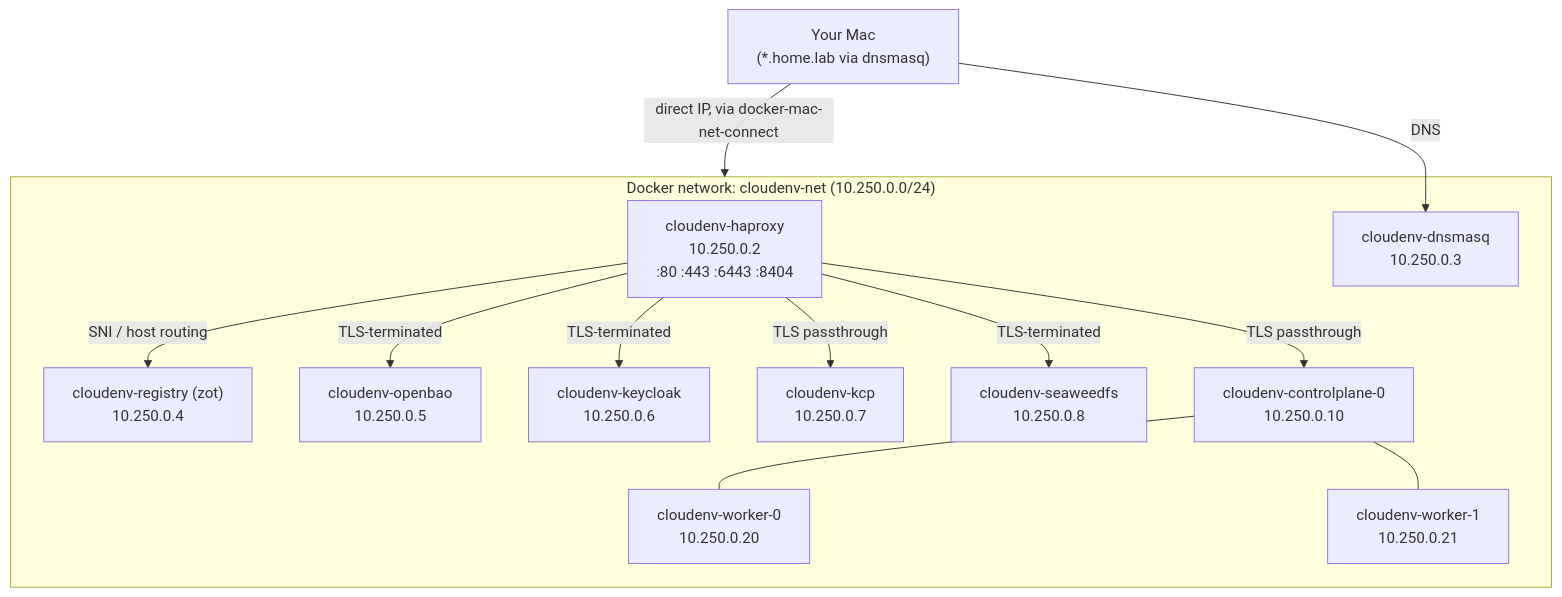
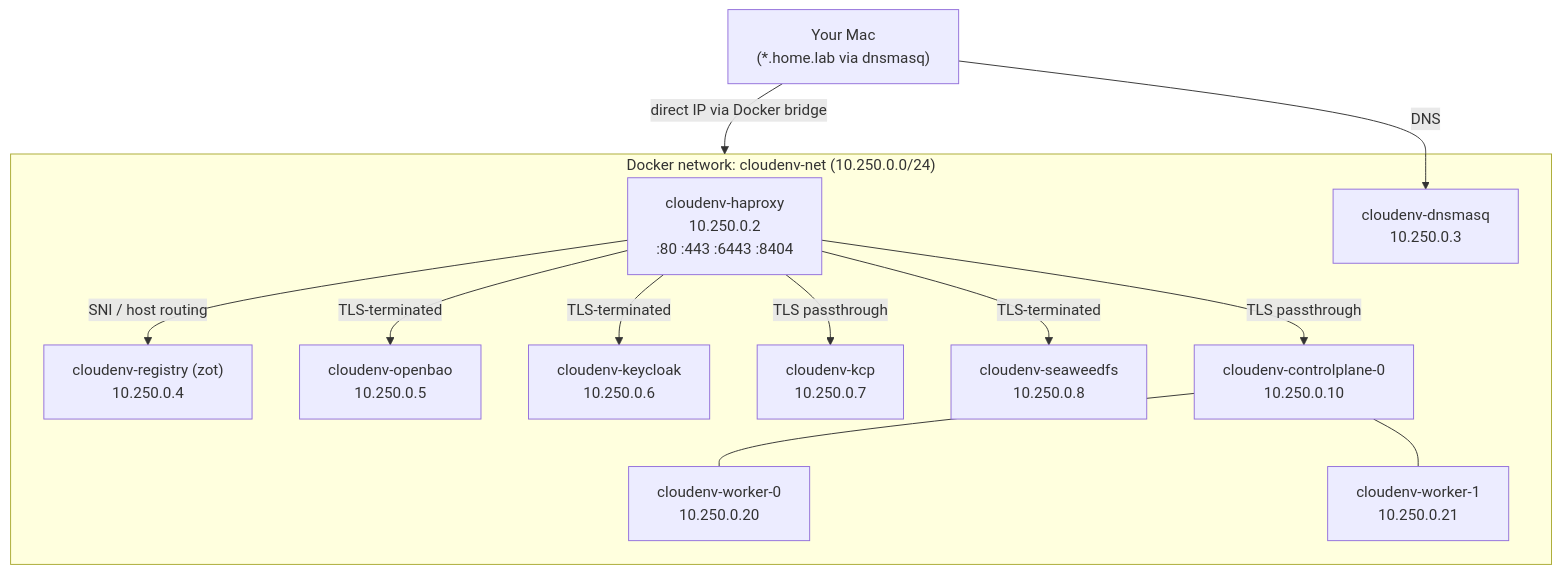
One commit to Kallepan/cloudenv changed the diagram in README.md. Above: the diagram before and after it, drawn with Mermaid. The commit also changed other lines of this file, not shown here.

Commit message:
fix: clarify Docker bridge network usage in README

````diff
--- a/README.md
+++ b/README.md
@@ -7,28 +7,28 @@
 ```mermaid
 flowchart TB
     Host["Your Mac<br/>(*.home.lab via dnsmasq)"]
 
     subgraph net["Docker network: cloudenv-net (10.250.0.0/24)"]
       HAProxy["cloudenv-haproxy<br/>10.250.0.2<br/>:80 :443 :6443 :8404"]
       DNS["cloudenv-dnsmasq<br/>10.250.0.3"]
       Registry["cloudenv-registry (zot)<br/>10.250.0.4"]
       OpenBao["cloudenv-openbao<br/>10.250.0.5"]
       Keycloak["cloudenv-keycloak<br/>10.250.0.6"]
       KCP["cloudenv-kcp<br/>10.250.0.7"]
       SeaweedFS["cloudenv-seaweedfs<br/>10.250.0.8"]
       CP["cloudenv-controlplane-0<br/>10.250.0.10"]
       W0["cloudenv-worker-0<br/>10.250.0.20"]
       W1["cloudenv-worker-1<br/>10.250.0.21"]
     end
 
     Host -->|DNS| DNS
-    Host -->|direct IP, via docker-mac-net-connect| net
+    Host -->|direct IP via Docker bridge| net
     HAProxy -->|SNI / host routing| Registry
     HAProxy -->|TLS-terminated| OpenBao
     HAProxy -->|TLS-terminated| Keycloak
     HAProxy -->|TLS-terminated| SeaweedFS
     HAProxy -->|TLS passthrough| KCP
     HAProxy -->|TLS passthrough| CP
     CP --- W0
     CP --- W1
 ```
````
